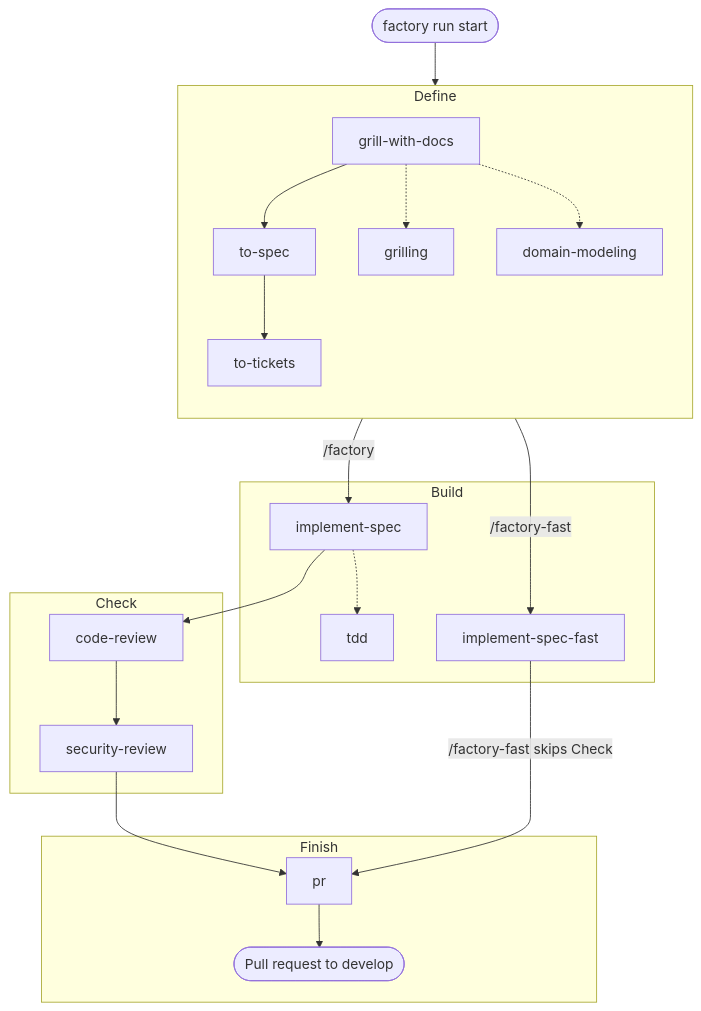
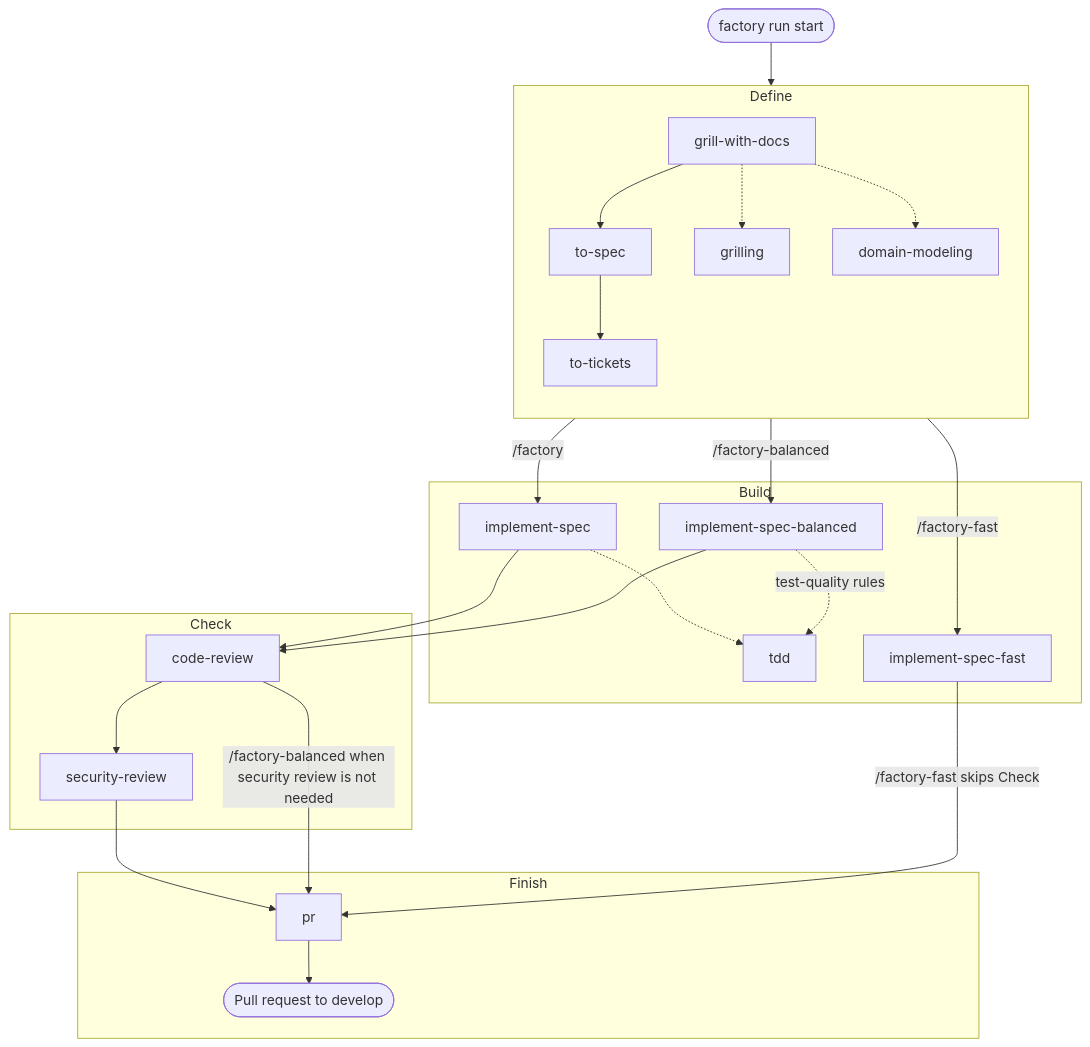
Before and after one commit to TDSchreur/jidoka: the diagram in README.md, drawn with Mermaid. The commit also changed other lines of this file and 7 other files, not shown here.

Commit message:
Add factory-balanced workflow mode

````diff
--- a/README.md
+++ b/README.md
@@ -78,30 +99,34 @@
 ```mermaid
 flowchart TB
     start([factory run start]) --> define
 
     subgraph define [Define]
         direction TB
         grill[grill-with-docs] --> spec[to-spec] --> tickets[to-tickets]
         grill -.-> grilling[grilling]
         grill -.-> domain[domain-modeling]
     end
 
     subgraph build [Build]
         impl[implement-spec] -.-> tdd[tdd]
+        implbal[implement-spec-balanced] -.->|test-quality rules| tdd
         implfast[implement-spec-fast]
     end
 
     subgraph check [Check]
         review[code-review] --> security[security-review]
     end
 
     subgraph finish [Finish]
         pr[pr] --> pull([Pull request to develop])
     end
 
     define -->|/factory| impl
+    define -->|/factory-balanced| implbal
     define -->|/factory-fast| implfast
     impl --> review
+    implbal --> review
     security --> pr
+    review -->|/factory-balanced when security review is not needed| pr
     implfast -->|/factory-fast skips Check| pr
 ```
````
